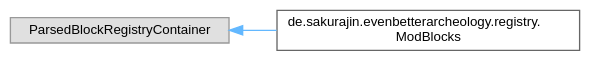
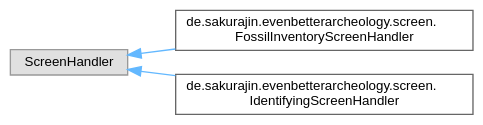
One commit to noah1510/EvenBetterArcheology changed the diagram in inherit_graph_33.dot. Above: the diagram before and after it, drawn with Graphviz. The commit also changed 126 other files, not shown here.

```diff
--- a/inherit_graph_33.dot
+++ b/inherit_graph_33.dot
@@ -1,11 +1,13 @@
 digraph "Graphical Class Hierarchy"
 {
  // LATEX_PDF_SIZE
   bgcolor="transparent";
   edge [fontname=Helvetica,fontsize=10,labelfontname=Helvetica,labelfontsize=10];
   node [fontname=Helvetica,fontsize=10,shape=box,height=0.2,width=0.4];
   rankdir="LR";
-  Node0 [label="ParsedBlockRegistryContainer",height=0.2,width=0.4,color="grey60", fillcolor="#E0E0E0", style="filled",tooltip=" "];
+  Node0 [label="ScreenHandler",height=0.2,width=0.4,color="grey60", fillcolor="#E0E0E0", style="filled",tooltip=" "];
   Node0 -> Node1 [dir="back",color="steelblue1",style="solid"];
-  Node1 [label="de.sakurajin.evenbetterarcheology.registry.\lModBlocks",height=0.2,width=0.4,color="grey40", fillcolor="white", style="filled",URL="$classde_1_1sakurajin_1_1evenbetterarcheology_1_1registry_1_1ModBlocks.html",tooltip=" "];
+  Node1 [label="de.sakurajin.evenbetterarcheology.screen.\lFossilInventoryScreenHandler",height=0.2,width=0.4,color="grey40", fillcolor="white", style="filled",URL="$classde_1_1sakurajin_1_1evenbetterarcheology_1_1screen_1_1FossilInventoryScreenHandler.html",tooltip=" "];
+  Node0 -> Node2 [dir="back",color="steelblue1",style="solid"];
+  Node2 [label="de.sakurajin.evenbetterarcheology.screen.\lIdentifyingScreenHandler",height=0.2,width=0.4,color="grey40", fillcolor="white", style="filled",URL="$classde_1_1sakurajin_1_1evenbetterarcheology_1_1screen_1_1IdentifyingScreenHandler.html",tooltip=" "];
 }
```
